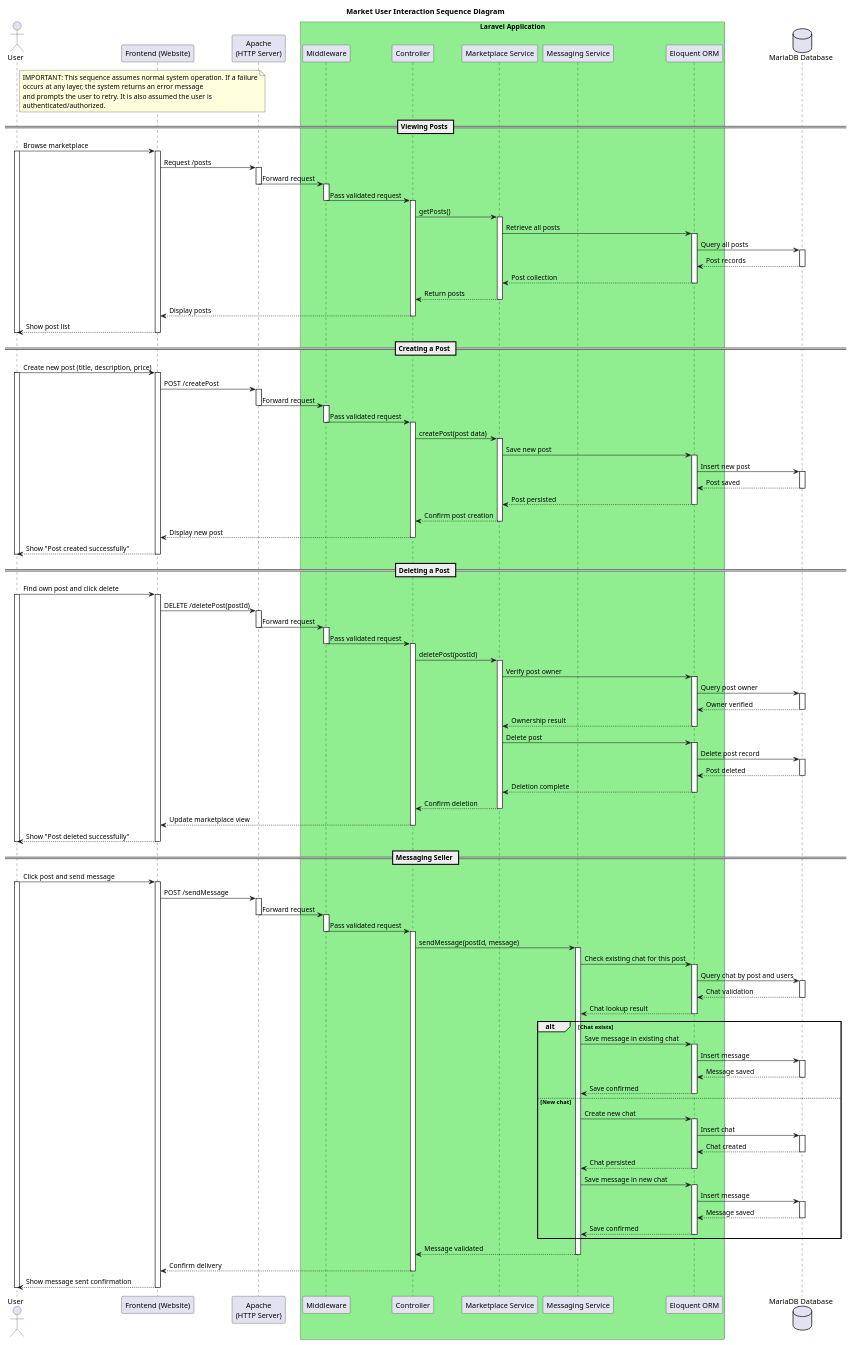
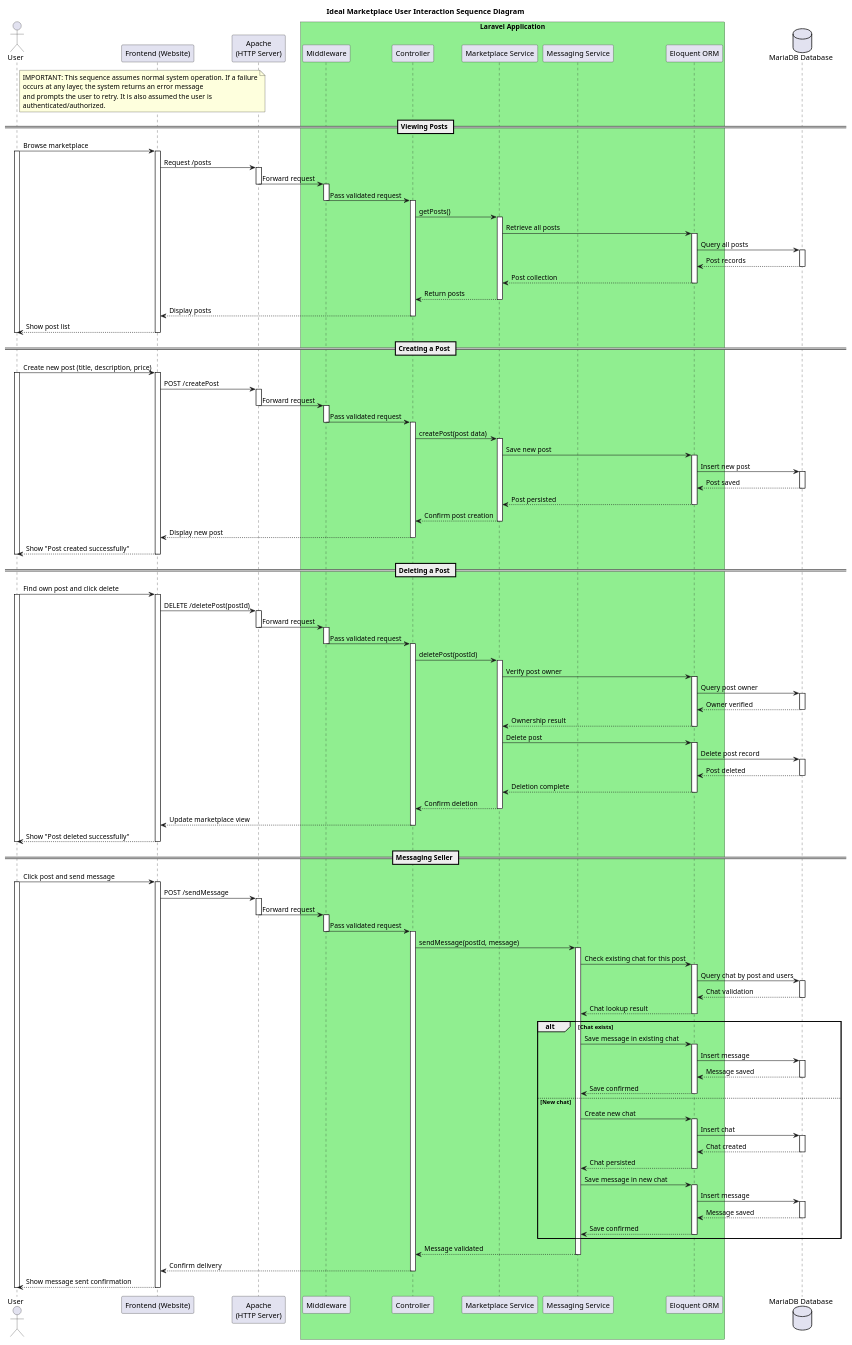
One commit to JanPerez35/PlantUML changed the diagram in sequenceDiagrams/Marketplace_Board_Sequence_Diagram.puml. Above: the diagram before and after it, drawn with PlantUML. The commit also changed 19 other files, not shown here.

Commit message:
Sequence updated naming

```diff
--- a/sequenceDiagrams/Marketplace_Board_Sequence_Diagram.puml
+++ b/sequenceDiagrams/Marketplace_Board_Sequence_Diagram.puml
@@ -1,6 +1,6 @@
 @startuml
 
-title Market User Interaction Sequence Diagram
+title Ideal Marketplace User Interaction Sequence Diagram
 
 actor User
 
```
